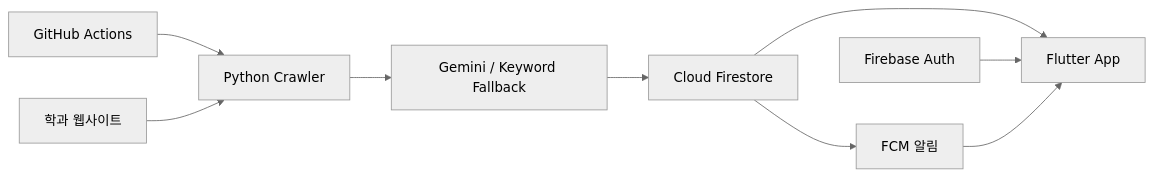
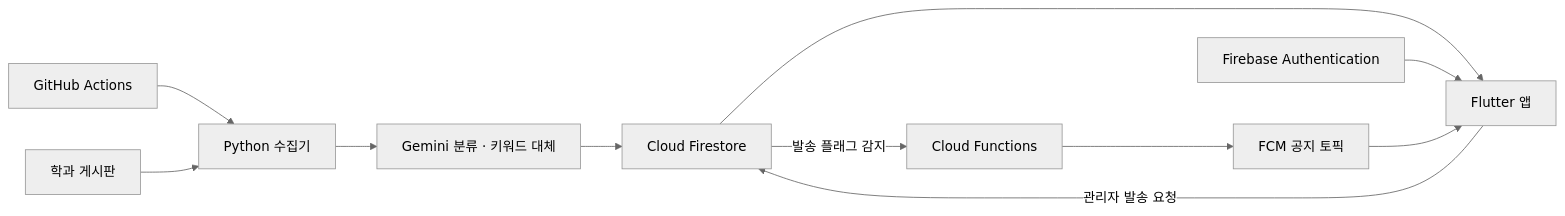
One commit to Hyunhoim/MY_CSE changed the diagram in README.md. Above: the diagram before and after it, drawn with Mermaid (neutral theme). The commit also changed other lines of this file, not shown here.

````diff
--- a/README.md
+++ b/README.md
@@ -33,11 +20,13 @@
-~~~mermaid
+```mermaid
 flowchart LR
-  G["GitHub Actions"] --> C["Python Crawler"]
-  W["학과 웹사이트"] --> C
-  C --> AI["Gemini / Keyword Fallback"]
-  AI --> DB["Cloud Firestore"]
-  DB --> APP["Flutter App"]
-  AUTH["Firebase Auth"] --> APP
-  DB --> N["FCM 알림"]
-  N --> APP
-~~~
+    G["GitHub Actions"] --> C["Python 수집기"]
+    W["학과 게시판"] --> C
+    C --> K["Gemini 분류 · 키워드 대체"]
+    K --> D["Cloud Firestore"]
+    D --> A["Flutter 앱"]
+    H["Firebase Authentication"] --> A
+    A -->|관리자 발송 요청| D
+    D -->|발송 플래그 감지| F["Cloud Functions"]
+    F --> M["FCM 공지 토픽"]
+    M --> A
+```
````
